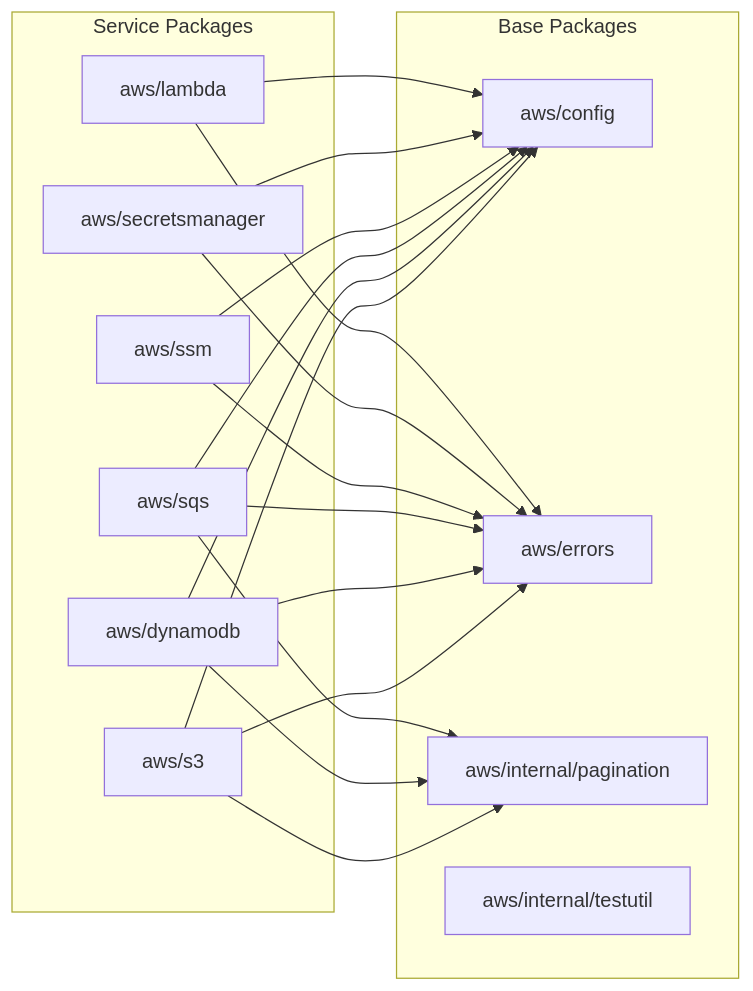
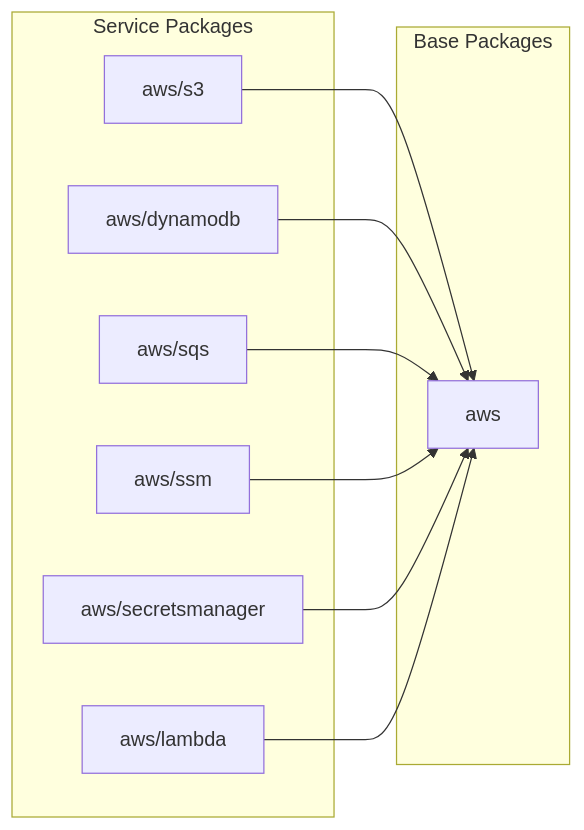
Before and after one commit to alessiosavi/GoGPUtils: the second of 2 diagrams in docs/architecture.md, drawn with Mermaid. The commit also changed other lines of this file and 14 other files, not shown here.

````diff
--- a/docs/architecture.md
+++ b/docs/architecture.md
@@ -111,34 +99,22 @@
 ```mermaid
 graph LR
     subgraph Base["Base Packages"]
-        CFG[aws/config]
-        ERR[aws/errors]
-        PAG[aws/internal/pagination]
-        TST[aws/internal/testutil]
+        AWS[aws]
     end
 
     subgraph Services["Service Packages"]
         S3[aws/s3]
         DDB[aws/dynamodb]
         SQS[aws/sqs]
         SSM[aws/ssm]
         SM[aws/secretsmanager]
         L[aws/lambda]
     end
 
-    S3 --> CFG
-    S3 --> ERR
-    S3 --> PAG
-    DDB --> CFG
-    DDB --> ERR
-    DDB --> PAG
-    SQS --> CFG
-    SQS --> ERR
-    SQS --> PAG
-    SSM --> CFG
-    SSM --> ERR
-    SM --> CFG
-    SM --> ERR
-    L --> CFG
-    L --> ERR
+    S3 --> AWS
+    DDB --> AWS
+    SQS --> AWS
+    SSM --> AWS
+    SM --> AWS
+    L --> AWS
 ```
````
